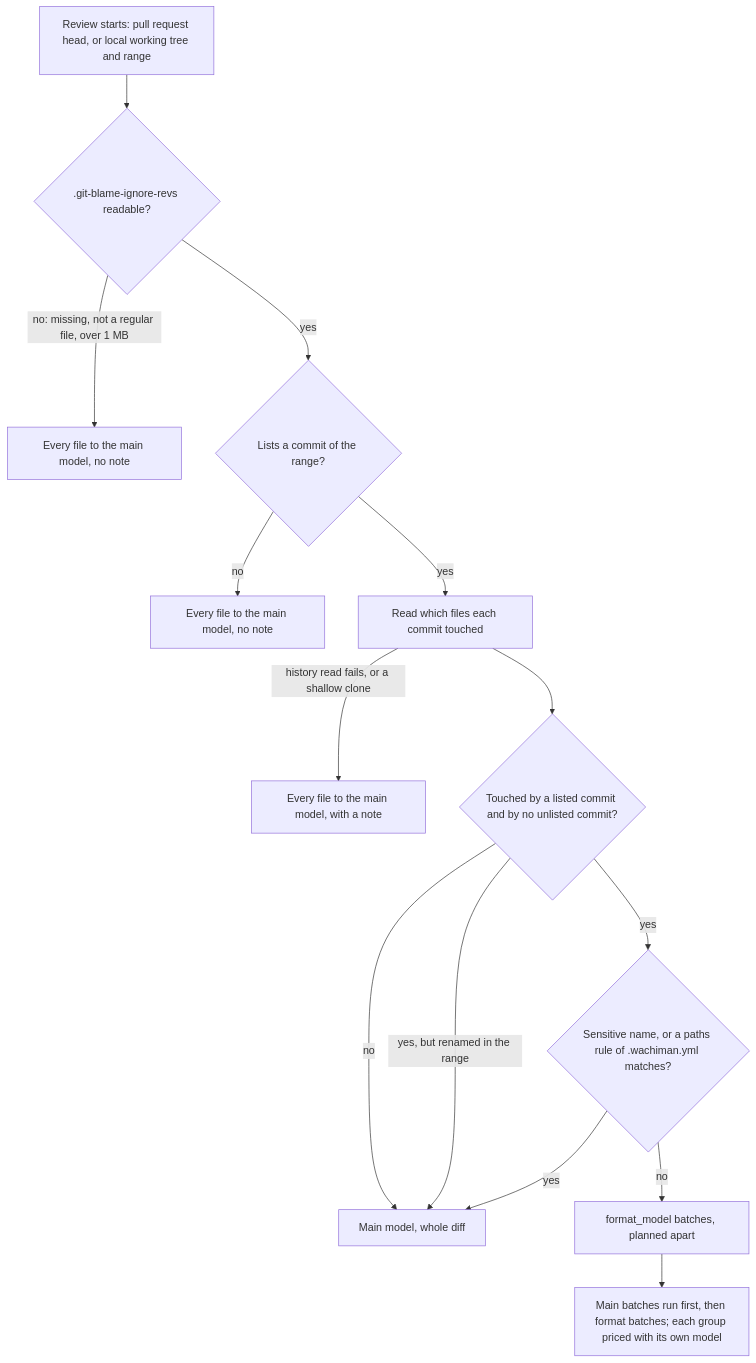
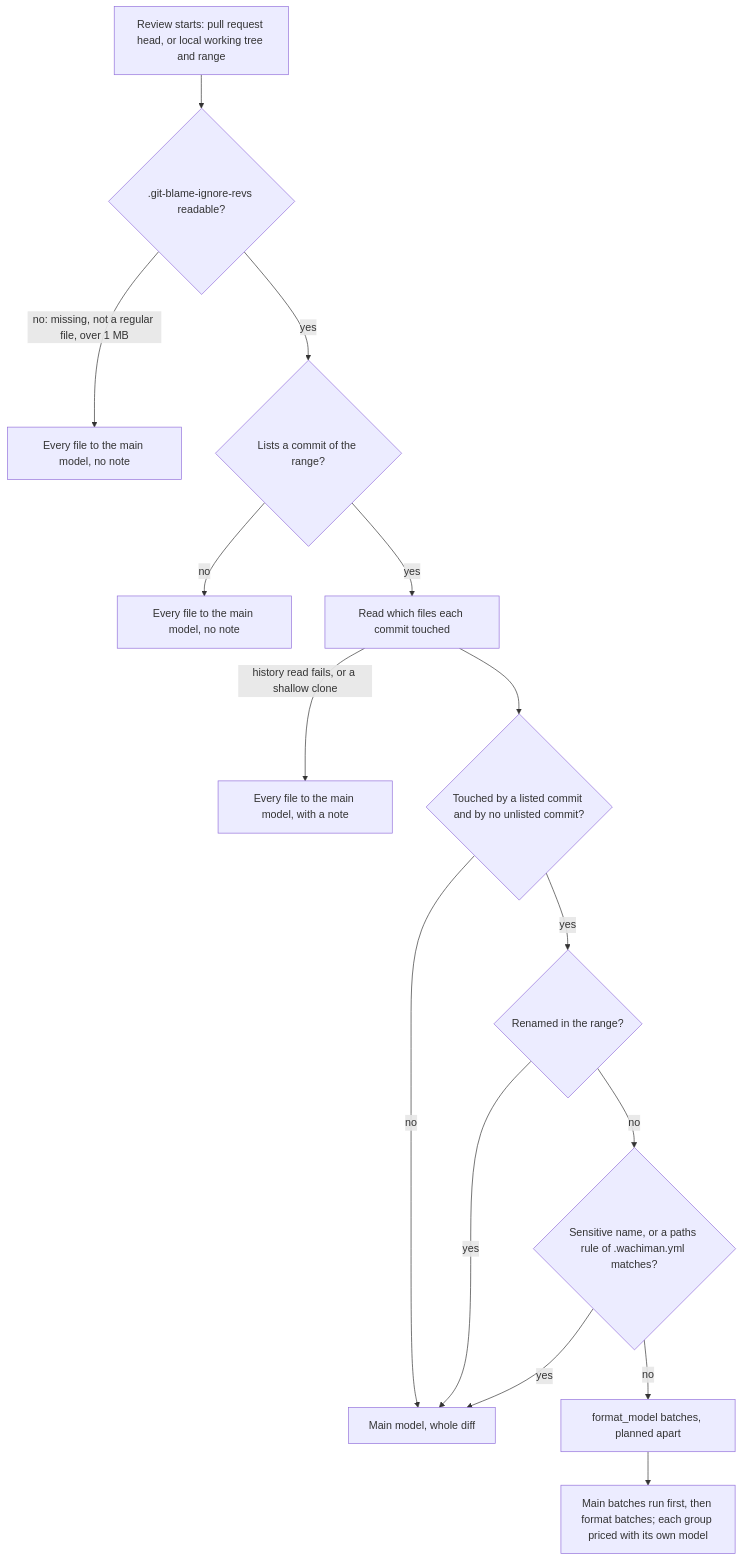
One commit to niway-dev/wachiman changed the second of 2 diagrams in docs/specs/2026-11-21-budget-gate-design.md. Above: the diagram before and after it, drawn with Mermaid. The commit also changed other lines of this file, not shown here.

First line of the commit message:
docs: correct the format routing diagram and note the opt-in conflict

````diff
--- a/docs/specs/2026-11-21-budget-gate-design.md
+++ b/docs/specs/2026-11-21-budget-gate-design.md
@@ -167,16 +168,17 @@
 ```mermaid
 flowchart TD
   A["Review starts: pull request head, or local working tree and range"] --> B{".git-blame-ignore-revs readable?"}
   B -- "no: missing, not a regular file, over 1 MB" --> M1["Every file to the main model, no note"]
   B -- yes --> C{"Lists a commit of the range?"}
   C -- no --> M2["Every file to the main model, no note"]
   C -- yes --> D["Read which files each commit touched"]
   D -- "history read fails, or a shallow clone" --> M4["Every file to the main model, with a note"]
   D --> E{"Touched by a listed commit and by no unlisted commit?"}
   E -- no --> M3["Main model, whole diff"]
-  E -- "yes, but renamed in the range" --> M3
-  E -- yes --> F{"Sensitive name, or a paths rule of .wachiman.yml matches?"}
+  E -- yes --> R{"Renamed in the range?"}
+  R -- yes --> M3
+  R -- no --> F{"Sensitive name, or a paths rule of .wachiman.yml matches?"}
   F -- yes --> M3
   F -- no --> G["format_model batches, planned apart"]
   G --> H["Main batches run first, then format batches; each group priced with its own model"]
 ```
````
